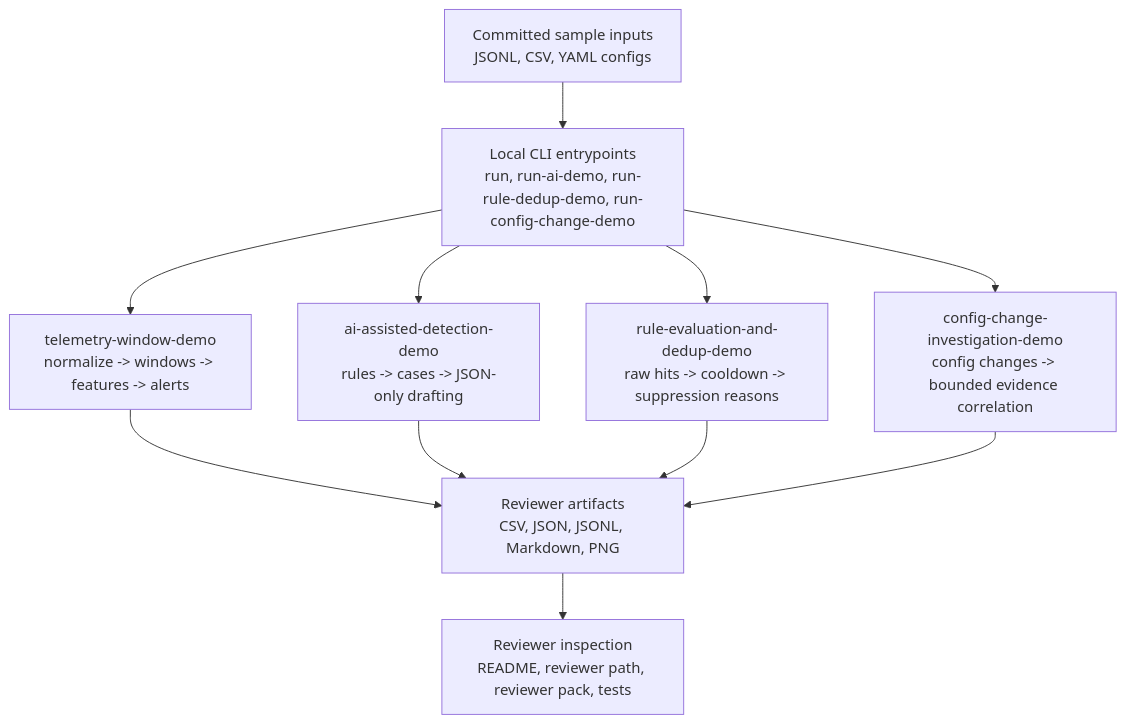
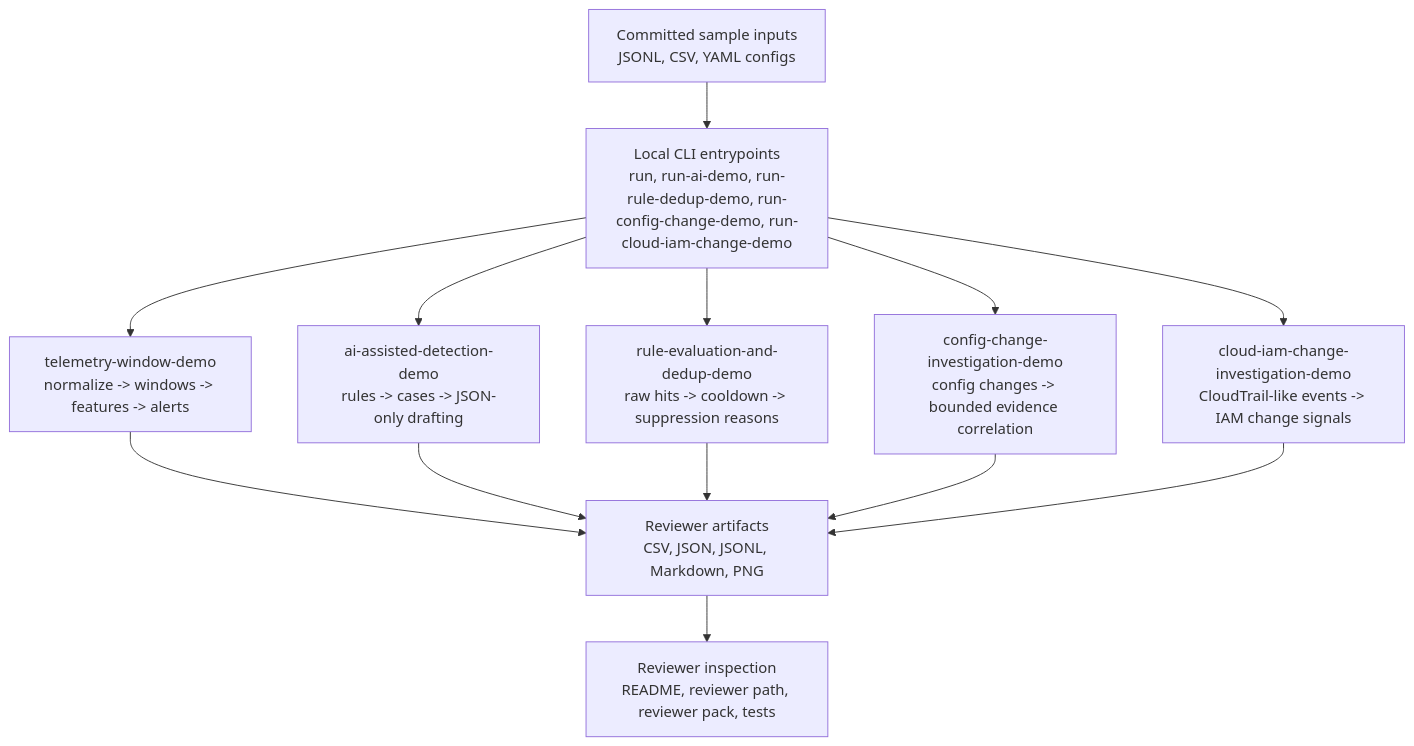
The diagram in docs/architecture.md (stacknil/telemetry-lab), drawn with Mermaid before and after one commit. The commit also changed other lines of this file and 19 other files, not shown here.

First line of the commit message:
feat(demo): add synthetic CloudTrail IAM investigation

````diff
--- a/docs/architecture.md
+++ b/docs/architecture.md
@@ -5,22 +5,25 @@
 ```mermaid
 flowchart TD
     Inputs["Committed sample inputs<br/>JSONL, CSV, YAML configs"]
-    CLI["Local CLI entrypoints<br/>run, run-ai-demo, run-rule-dedup-demo, run-config-change-demo"]
+    CLI["Local CLI entrypoints<br/>run, run-ai-demo, run-rule-dedup-demo, run-config-change-demo, run-cloud-iam-change-demo"]
     Window["telemetry-window-demo<br/>normalize -> windows -> features -> alerts"]
     AI["ai-assisted-detection-demo<br/>rules -> cases -> JSON-only drafting"]
     Dedup["rule-evaluation-and-dedup-demo<br/>raw hits -> cooldown -> suppression reasons"]
     Config["config-change-investigation-demo<br/>config changes -> bounded evidence correlation"]
+    CloudIAM["cloud-iam-change-investigation-demo<br/>CloudTrail-like events -> IAM change signals"]
     Artifacts["Reviewer artifacts<br/>CSV, JSON, JSONL, Markdown, PNG"]
     Review["Reviewer inspection<br/>README, reviewer path, reviewer pack, tests"]
 
     Inputs --> CLI
     CLI --> Window
     CLI --> AI
     CLI --> Dedup
     CLI --> Config
+    CLI --> CloudIAM
     Window --> Artifacts
     AI --> Artifacts
     Dedup --> Artifacts
     Config --> Artifacts
+    CloudIAM --> Artifacts
     Artifacts --> Review
 ```
````
